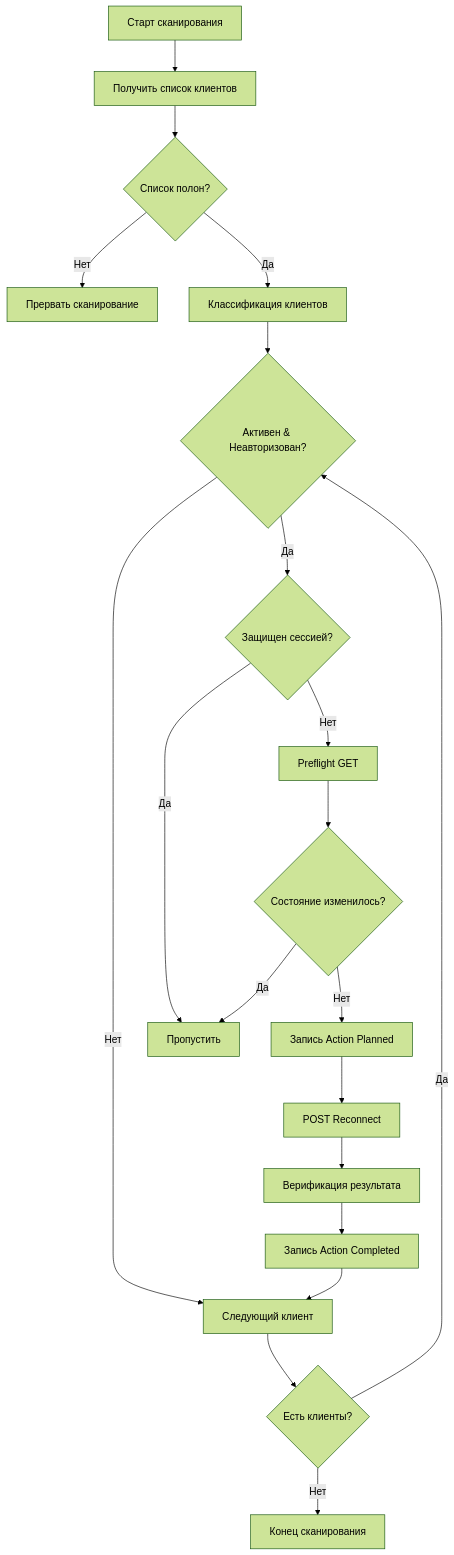
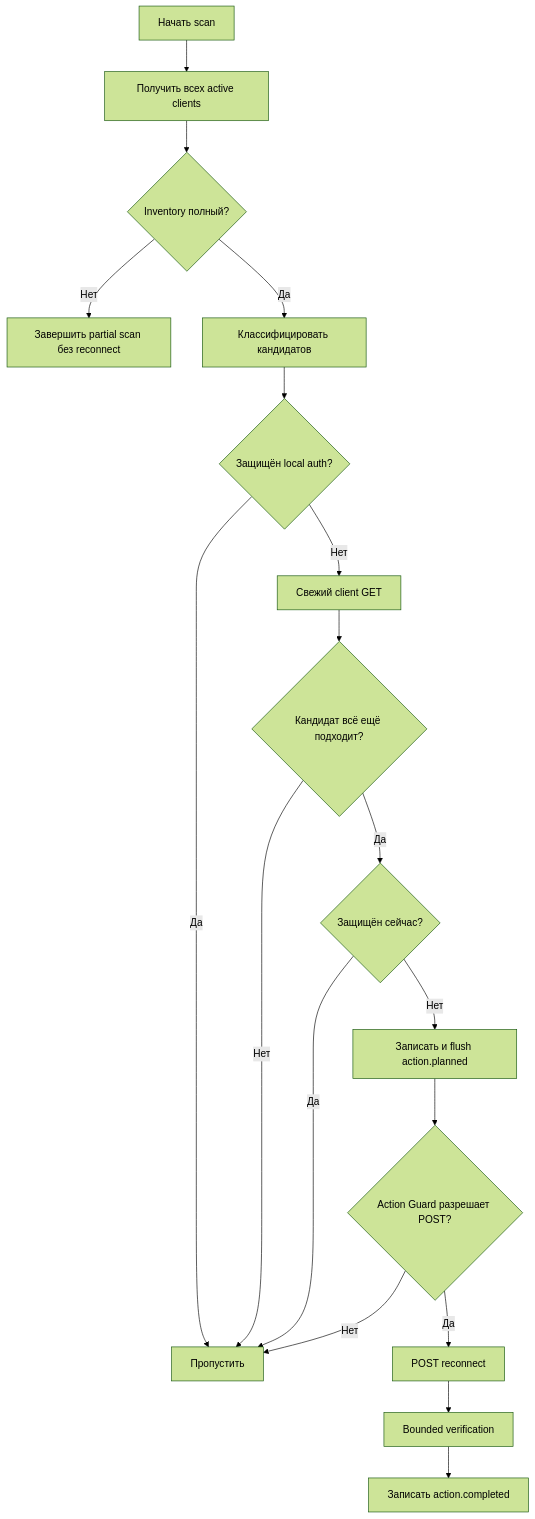
Before and after one commit to ZaurNavi/CaptivePortal: the third of 3 diagrams in README_RU.md, drawn with Mermaid (forest theme). The commit also changed other lines of this file, not shown here.

````diff
--- a/README_RU.md
+++ b/README_RU.md
@@ -312,27 +202,23 @@
 ```mermaid
 flowchart TD
-    Start[Старт сканирования] --> GetList[Получить список клиентов]
-    GetList --> Validate{Список полон?}
-    Validate -- Нет --> StopScan[Прервать сканирование]
-    Validate -- Да --> Classify[Классификация клиентов]
-    
-    Classify --> Filter{Активен & Неавторизован?}
-    Filter -- Нет --> NextClient[Следующий клиент]
-    Filter -- Да --> CheckProtect{Защищен сессией?}
-    
-    CheckProtect -- Да --> Skip[Пропустить]
-    CheckProtect -- Нет --> Preflight[Preflight GET]
-    
-    Preflight --> CheckAgain{Состояние изменилось?}
-    CheckAgain -- Да --> Skip
-    CheckAgain -- Нет --> Audit[Запись Action Planned]
-    
-    Audit --> PostReconnect[POST Reconnect]
-    PostReconnect --> Verify[Верификация результата]
-    Verify --> LogResult[Запись Action Completed]
-    
-    LogResult --> NextClient
-    NextClient --> More{Есть клиенты?}
-    More -- Да --> Filter
-    More -- Нет --> Finish[Конец сканирования]
+    Start[Начать scan] --> List[Получить всех active clients]
+    List --> Complete{Inventory полный?}
+    Complete -- Нет --> Partial[Завершить partial scan без reconnect]
+    Complete -- Да --> Classify[Классифицировать кандидатов]
+
+    Classify --> Protect1{Защищён local auth?}
+    Protect1 -- Да --> Skip[Пропустить]
+    Protect1 -- Нет --> Preflight[Свежий client GET]
+
+    Preflight --> Eligible{Кандидат всё ещё подходит?}
+    Eligible -- Нет --> Skip
+    Eligible -- Да --> Protect2{Защищён сейчас?}
+
+    Protect2 -- Да --> Skip
+    Protect2 -- Нет --> Audit[Записать и flush action.planned]
+    Audit --> Guard{Action Guard разрешает POST?}
+    Guard -- Нет --> Skip
+    Guard -- Да --> Reconnect[POST reconnect]
+    Reconnect --> Verify[Bounded verification]
+    Verify --> CompleteAction[Записать action.completed]
 ```
````
